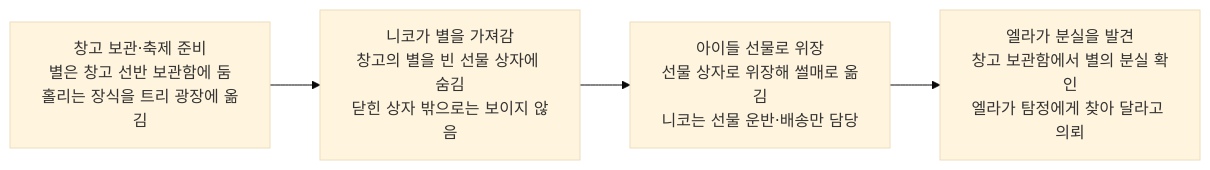
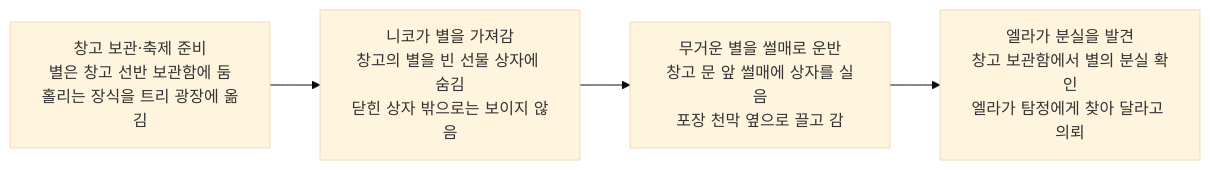
One commit to wonny95/detective-v2 changed the first of 2 diagrams in design/case-10-christmas-star.md. Above: the diagram before and after it, drawn with Mermaid (base theme). The commit also changed other lines of this file and 6 other files, not shown here.

Commit message:
기획: 무거운 금별을 썰매로 반환

````diff
--- a/design/case-10-christmas-star.md
+++ b/design/case-10-christmas-star.md
@@ -32,10 +32,10 @@
 ```mermaid
 flowchart LR
     t1["창고 보관·축제 준비<br/>별은 창고 선반 보관함에 둠<br/>홀리는 장식을 트리 광장에 옮김"]
     t2["니코가 별을 가져감<br/>창고의 별을 빈 선물 상자에 숨김<br/>닫힌 상자 밖으로는 보이지 않음"]
-    t3["아이들 선물로 위장<br/>선물 상자로 위장해 썰매로 옮김<br/>니코는 선물 운반·배송만 담당"]
+    t3["무거운 별을 썰매로 운반<br/>창고 문 앞 썰매에 상자를 실음<br/>포장 천막 옆으로 끌고 감"]
     t4["엘라가 분실을 발견<br/>창고 보관함에서 별의 분실 확인<br/>엘라가 탐정에게 찾아 달라고 의뢰"]
     t1 --> t2
     t2 --> t3
     t3 --> t4
 ```
````
